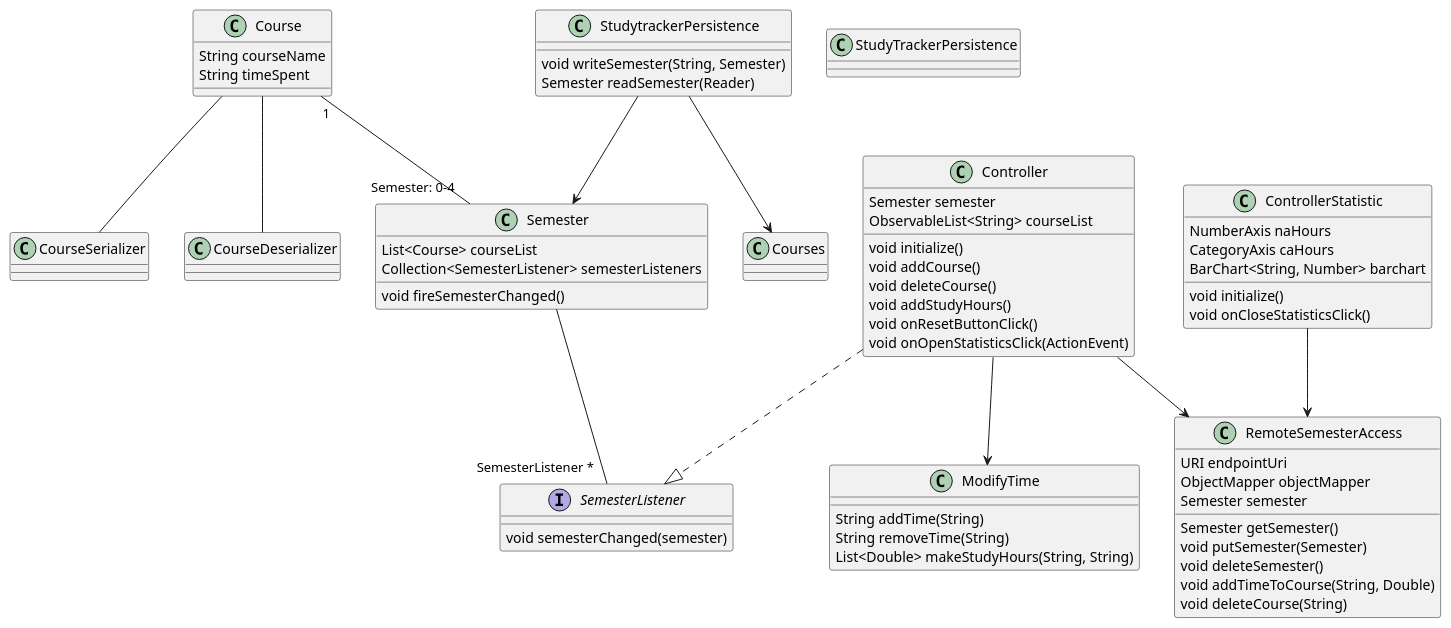
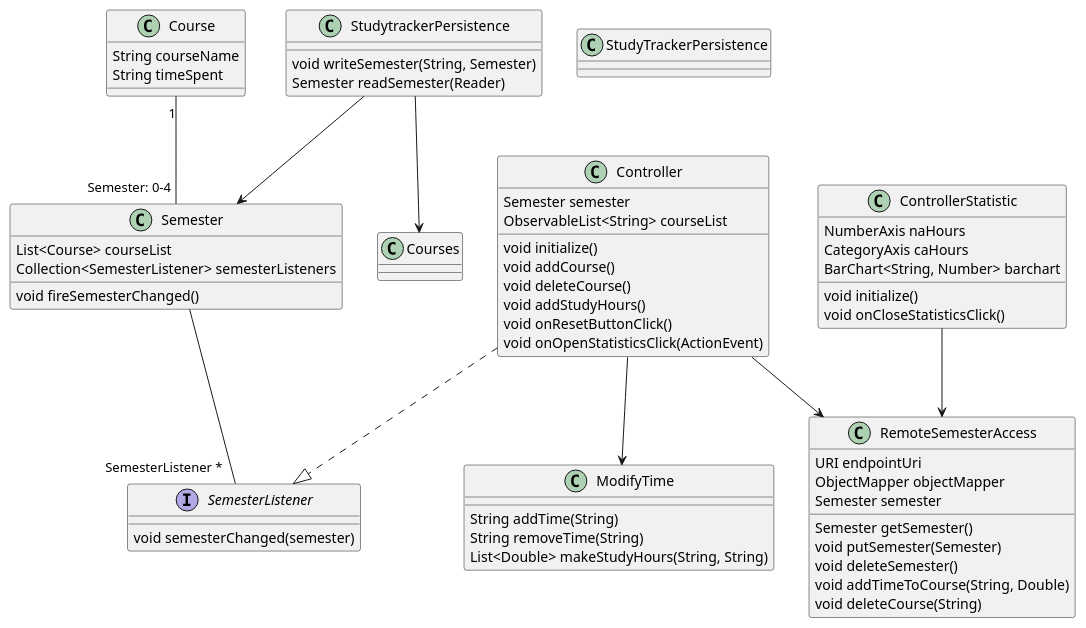
One commit to bmksimons/studytracker changed the second of 4 diagrams in IT1901/README.md. Above: the diagram before and after it, drawn with PlantUML.

````diff
--- a/IT1901/README.md
+++ b/IT1901/README.md
@@ -104,63 +104,60 @@
 ```plantuml
 @startuml
 interface SemesterListener
 class Course
 class Semester
 class Controller
 class ControllerStatistic
 class RemoteSemesterAccess
 class ModifyTime
 class StudyTrackerPersistence
 
 Course "1" -- "Semester: 0-4" Semester
 Controller ..|> SemesterListener
 Semester -- "SemesterListener *" SemesterListener
-Course -- CourseSerializer
-Course -- CourseDeserializer
 Controller --> RemoteSemesterAccess
 ControllerStatistic --> RemoteSemesterAccess
 Controller --> ModifyTime
-
 StudytrackerPersistence --> Semester
 StudytrackerPersistence --> Courses
 
 Course : String courseName
 Course : String timeSpent
 Semester : List<Course> courseList
 Semester : Collection<SemesterListener> semesterListeners
 Semester : void fireSemesterChanged()
 SemesterListener : void semesterChanged(semester)
 
 Controller : Semester semester
 Controller : ObservableList<String> courseList
 Controller : void initialize()
 Controller : void addCourse()
 Controller : void deleteCourse()
 Controller : void addStudyHours()
 Controller : void onResetButtonClick()
 Controller : void onOpenStatisticsClick(ActionEvent)
 
 ControllerStatistic : NumberAxis naHours
 ControllerStatistic : CategoryAxis caHours
 ControllerStatistic : BarChart<String, Number> barchart
 ControllerStatistic : void initialize()
 ControllerStatistic : void onCloseStatisticsClick()
 
 RemoteSemesterAccess : URI endpointUri
 RemoteSemesterAccess : ObjectMapper objectMapper
 RemoteSemesterAccess : Semester semester
 RemoteSemesterAccess : Semester getSemester()
 RemoteSemesterAccess : void putSemester(Semester)
 RemoteSemesterAccess : void deleteSemester()
 RemoteSemesterAccess : void addTimeToCourse(String, Double)
 RemoteSemesterAccess : void deleteCourse(String)
 
 ModifyTime : String addTime(String)
 ModifyTime : String removeTime(String)
 ModifyTime : List<Double> makeStudyHours(String, String)
 
 StudytrackerPersistence : void writeSemester(String, Semester)
 StudytrackerPersistence : Semester readSemester(Reader)
 
 @enduml
 ```
````
